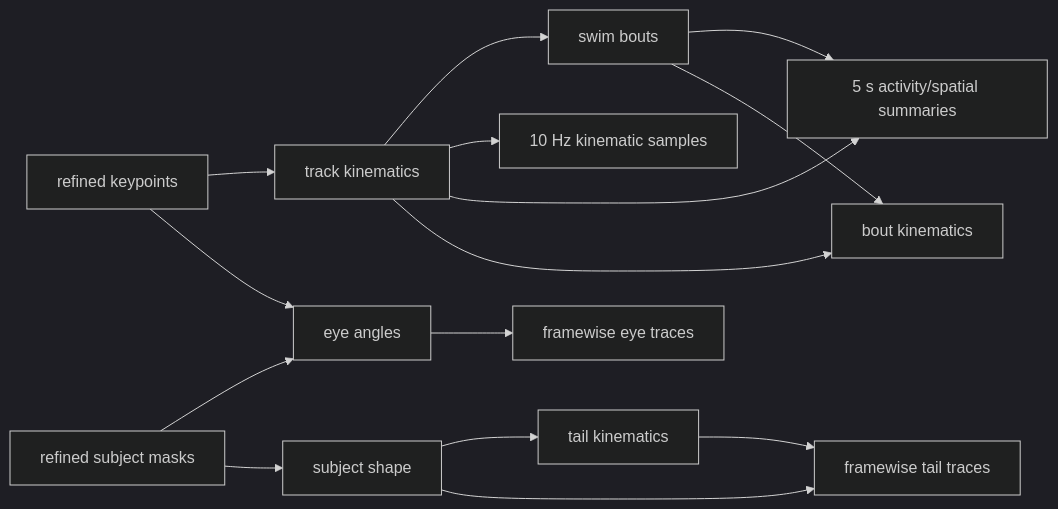
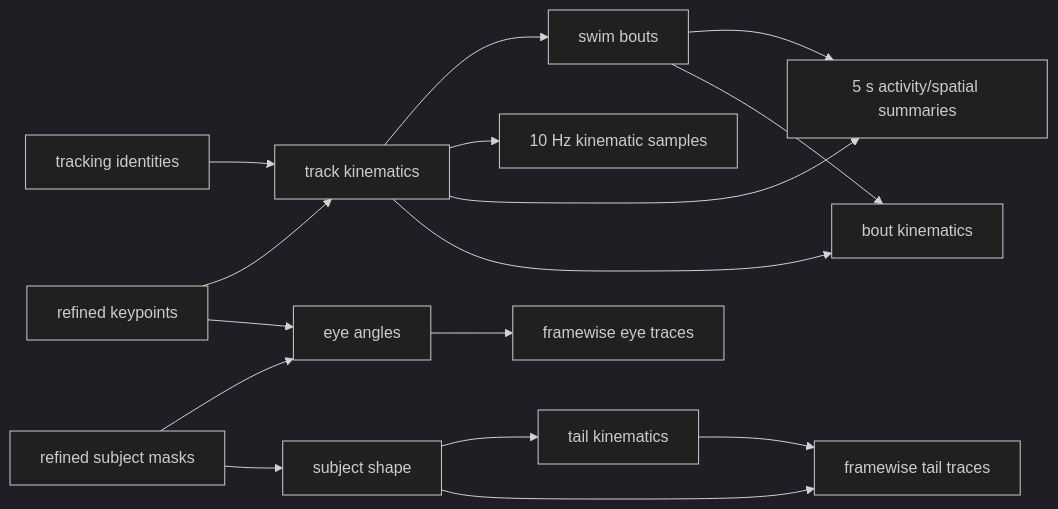
The diagram in docs/analysis_workflow_dag.md (jmdelahanty/palette), drawn with Mermaid (dark theme) before and after one commit. The commit also changed other lines of this file and 7 other files, not shown here.

````diff
--- a/docs/analysis_workflow_dag.md
+++ b/docs/analysis_workflow_dag.md
@@ -67,19 +67,20 @@
 ```mermaid
 flowchart LR
+  TR[tracking identities] --> TK[track kinematics]
   RK[refined keypoints] --> TK[track kinematics]
   TK --> SB[swim bouts]
   TK --> KS[10 Hz kinematic samples]
   TK --> AS[5 s activity/spatial summaries]
   SB --> AS
   SB --> BK[bout kinematics]
   TK --> BK
 
   RK --> EA[eye angles]
   RM[refined subject masks] --> EA
   EA --> ET[framewise eye traces]
 
   RM --> SS[subject shape]
   SS --> TKM[tail kinematics]
   SS --> TT[framewise tail traces]
   TKM --> TT
 ```
````
